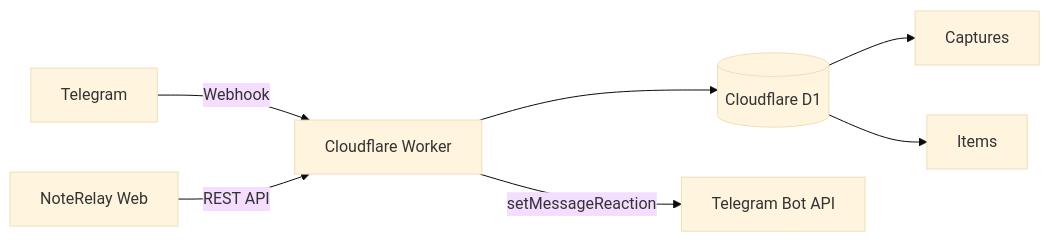
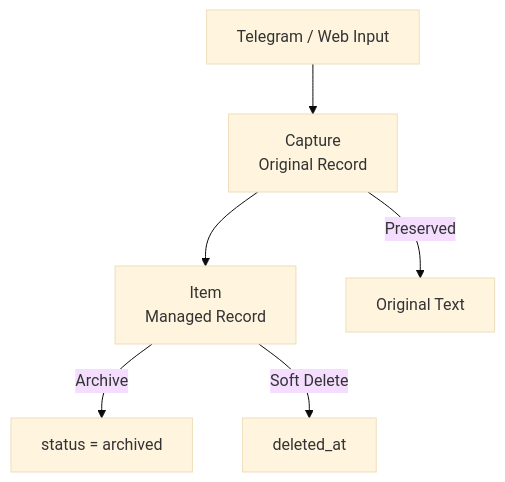
The first of 2 diagrams in README.md (Transient-Onlooker/tg-note-agent-web), drawn with Mermaid (base theme) before and after one commit. The commit also changed other lines of this file, not shown here.

````diff
--- a/README.md
+++ b/README.md
@@ -37,9 +259,13 @@
 ```mermaid
-flowchart LR
-    TG[Telegram] -->|Webhook| W[Cloudflare Worker]
-    WEB[NoteRelay Web] -->|REST API| W
-    W --> D1[(Cloudflare D1)]
-    W -->|setMessageReaction| API[Telegram Bot API]
-    D1 --> C[Captures]
-    D1 --> I[Items]
+flowchart TD
+    INPUT[Telegram / Web Input]
+    CAPTURE[Capture\nOriginal Record]
+    ITEM[Item\nManaged Record]
+
+    INPUT --> CAPTURE
+    CAPTURE --> ITEM
+
+    ITEM -->|Archive| ARCHIVED[status = archived]
+    ITEM -->|Soft Delete| TRASH[deleted_at]
+    CAPTURE -->|Preserved| ORIGINAL[Original Text]
 ```
````
